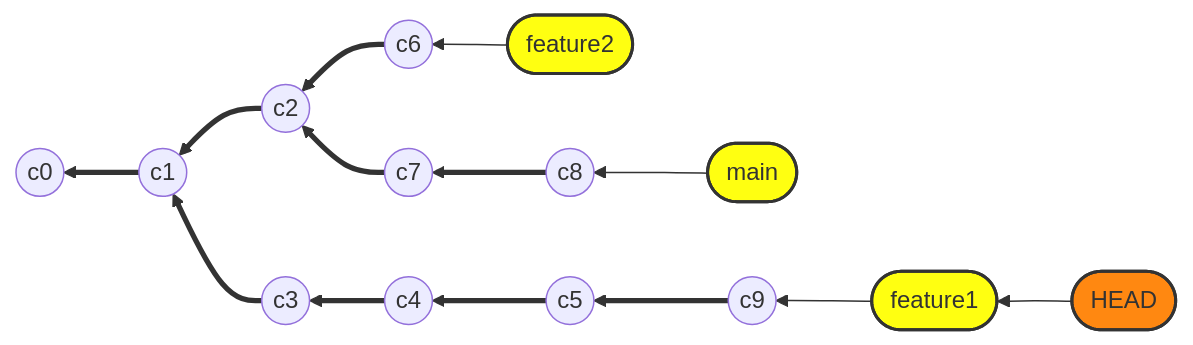
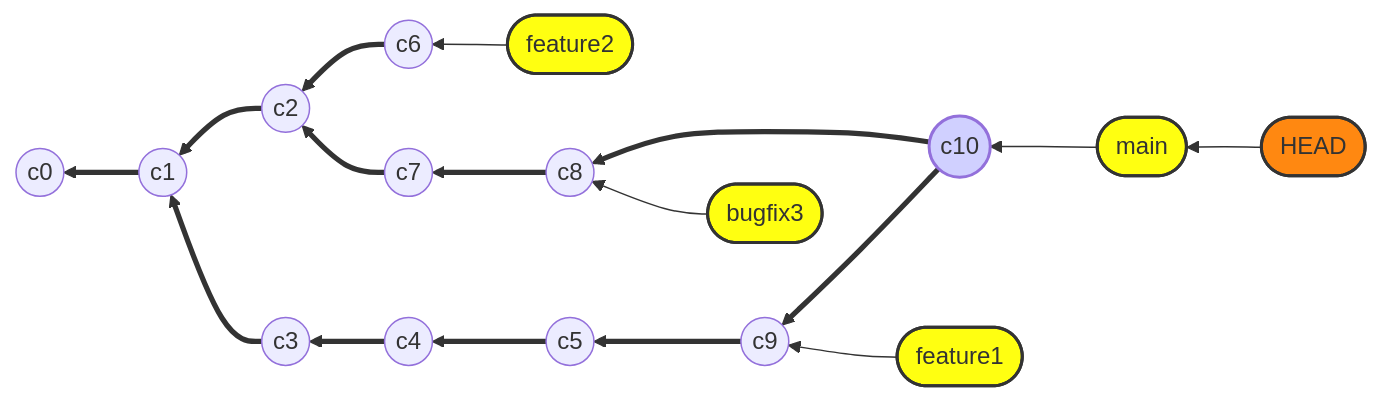
One commit to acenet-arc/git-collaboration changed diagram 11 of 13 in _episodes/09-Branches.md. Above: the diagram before and after it, drawn with Mermaid. The commit also changed other lines of this file, not shown here.

```diff
--- a/_episodes/09-Branches.md
+++ b/_episodes/09-Branches.md
@@ -349,23 +359,28 @@
    <div class="mermaid">
    flowchart RL
        c0((c0))
        c1((c1)) ==> c0
        c2((c2)) ==> c1
        c3((c3)) ==> c1
        c4((c4)) ==> c3
        c5((c5)) ==> c4
        c6((c6)) ==> c2
        c7((c7)) ==> c2
        c8((c8)) ==> c7
        c9((c9)) ==> c5
+       c10((c10)) ==> c8
+       c10((c10)) ==> c9
    
-       l1([main]) --> c8
+       l1([main]) --> c10
        l2([feature1]) --> c9
        l3([feature2]) --> c6
-       HEAD([HEAD]) --> l2
+       l4([bugfix3]) --> c8
+       HEAD([HEAD]) --> l1
    
        classDef label fill:#ff1,stroke:#333,stroke-width:2px;
        classDef head fill:#f81,stroke:#333,stroke-width:2px;
-       class l1,l2,l3 label
+       classDef commit fill:#D0D0FF,stroke:#9370DB,stroke-width:2px;
+       class l1,l2,l3,l4 label
        class HEAD head
+       class c10 commit
    </div>
```
